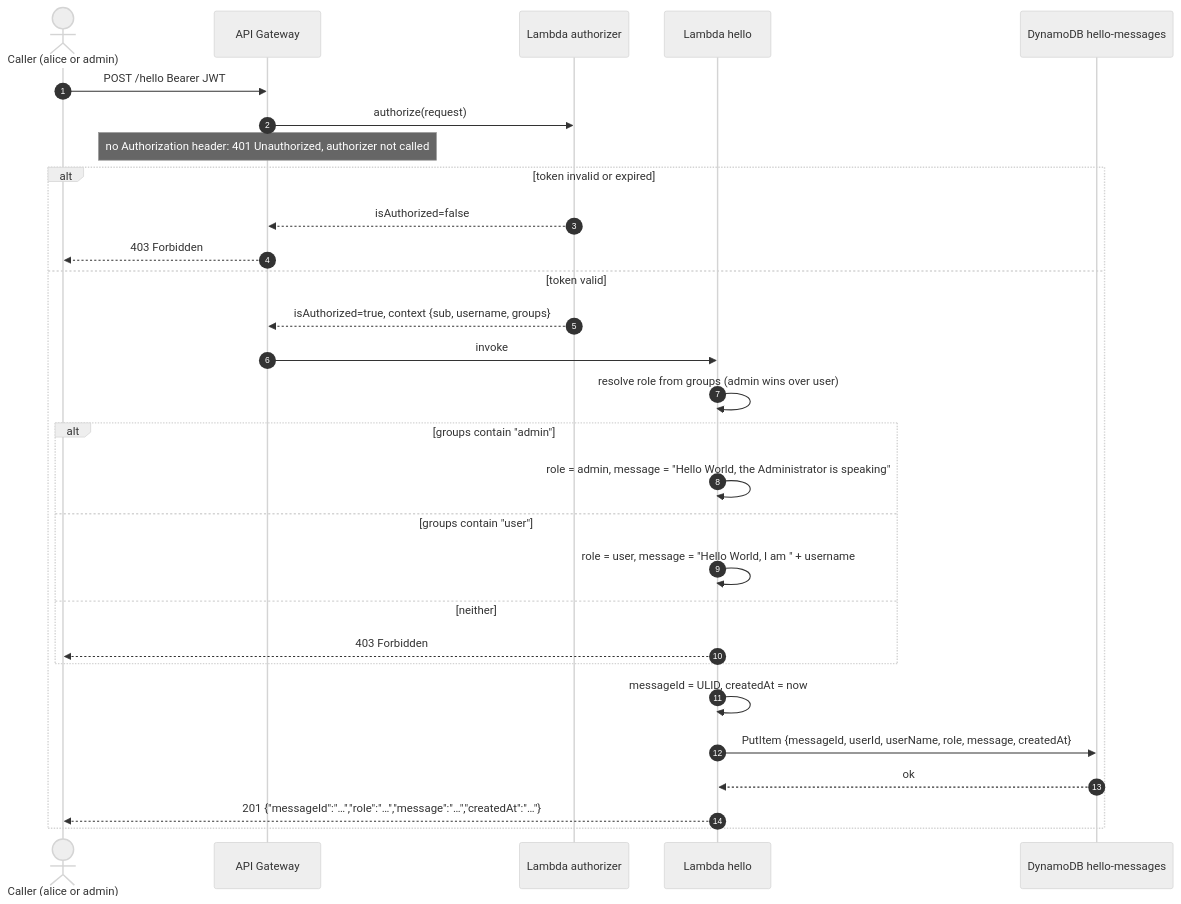
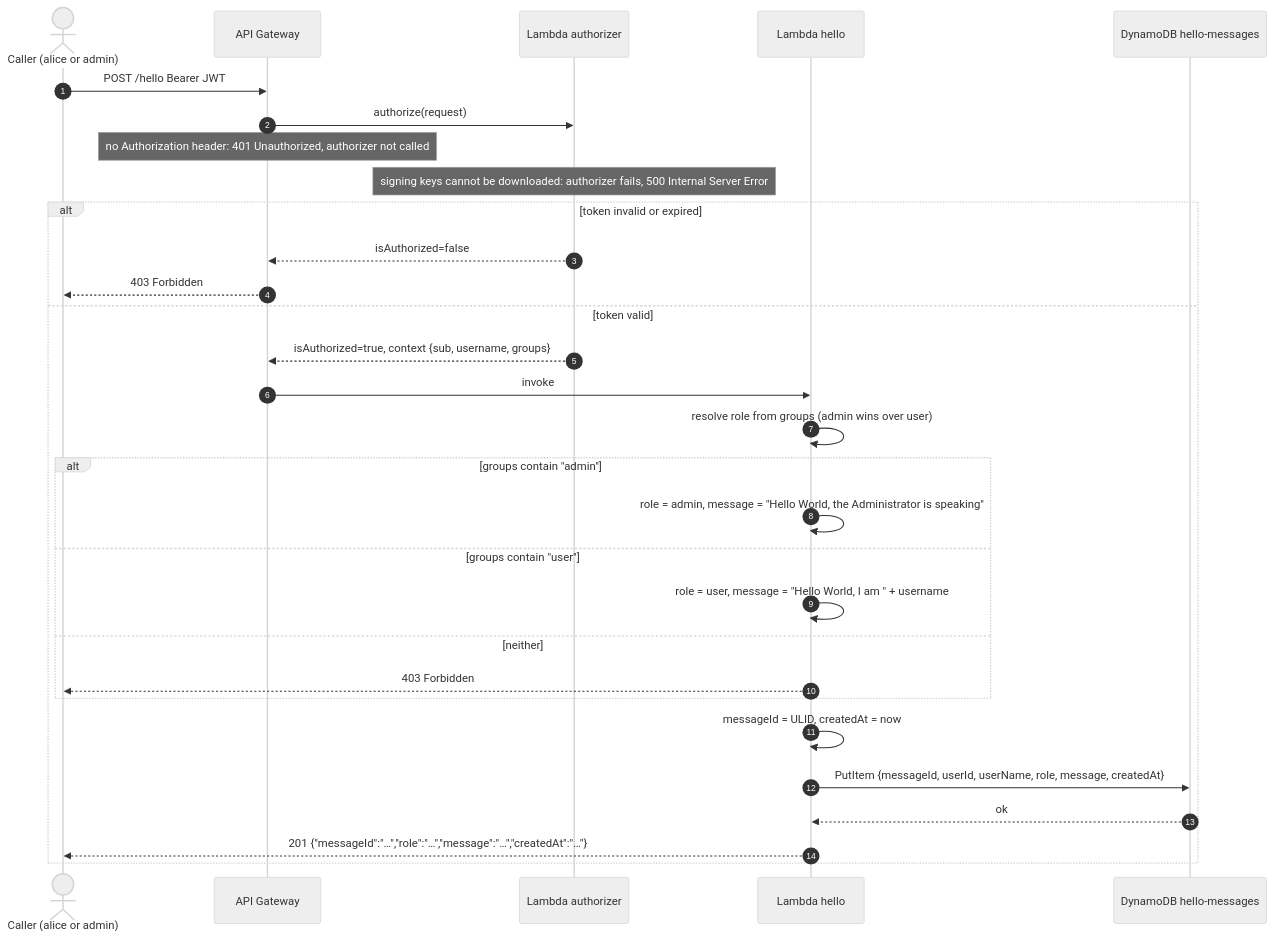
The sixth of 7 diagrams in docs/ARCHITECTURE.md (EnricoPicci/shared-calendar), drawn with Mermaid (neutral theme) before and after one commit. The commit also changed other lines of this file and 4 other files, not shown here.

First line of the commit message:
Step 5: authorizer; architecture v4

````diff
--- a/docs/ARCHITECTURE.md
+++ b/docs/ARCHITECTURE.md
@@ -320,32 +323,33 @@
 ```mermaid
 sequenceDiagram
     autonumber
     actor C as Caller (alice or admin)
     participant GW as API Gateway
     participant AUTH as Lambda authorizer
     participant HW as Lambda hello
     participant DB as DynamoDB hello-messages
 
     C->>GW: POST /hello  Bearer JWT
     GW->>AUTH: authorize(request)
     Note over GW: no Authorization header: 401 Unauthorized, authorizer not called
+    Note over AUTH: signing keys cannot be downloaded: authorizer fails, 500 Internal Server Error
     alt token invalid or expired
         AUTH-->>GW: isAuthorized=false
         GW-->>C: 403 Forbidden
     else token valid
         AUTH-->>GW: isAuthorized=true, context {sub, username, groups}
         GW->>HW: invoke
         HW->>HW: resolve role from groups (admin wins over user)
         alt groups contain "admin"
             HW->>HW: role = admin, message = "Hello World, the Administrator is speaking"
         else groups contain "user"
             HW->>HW: role = user, message = "Hello World, I am " + username
         else neither
             HW-->>C: 403 Forbidden
         end
         HW->>HW: messageId = ULID, createdAt = now
         HW->>DB: PutItem {messageId, userId, userName, role, message, createdAt}
         DB-->>HW: ok
         HW-->>C: 201 {"messageId":"…","role":"…","message":"…","createdAt":"…"}
     end
 ```
````
